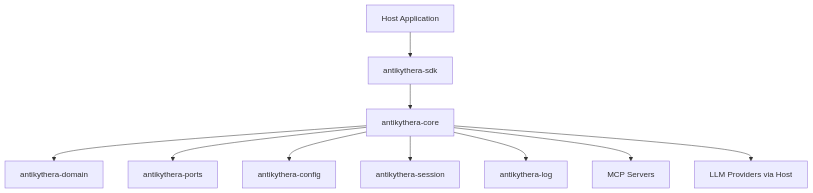
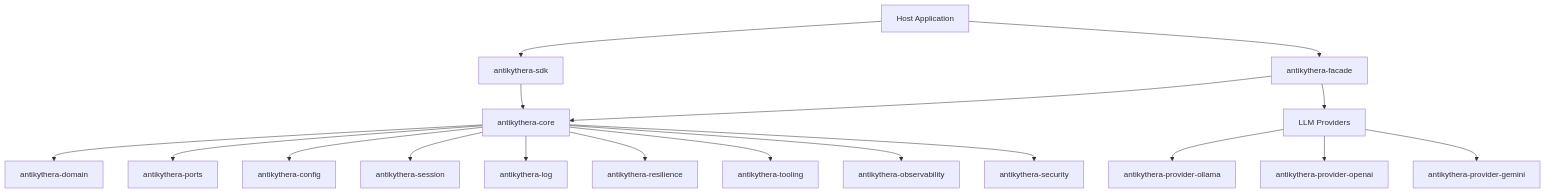
Before and after one commit to tsfarizi/antikythera-mcp-framework: the diagram in README.md, drawn with Mermaid. The commit also changed other lines of this file and 8 other files, not shown here.

Commit message:
feat: update documentation to reflect Antikythera Agent SDK branding and architecture changes

````diff
--- a/README.md
+++ b/README.md
@@ -7,12 +14,20 @@
 ```mermaid
 flowchart TD
-    Host[Host Application] --> SDK[antikythera-sdk]
-    SDK --> Core[antikythera-core]
+    Host[Host Application] --> Facade[antikythera-facade]
+    Host --> SDK[antikythera-sdk]
+    Facade --> Core[antikythera-core]
+    SDK --> Core
     Core --> Domain[antikythera-domain]
     Core --> Ports[antikythera-ports]
     Core --> Config[antikythera-config]
     Core --> Session[antikythera-session]
     Core --> Log[antikythera-log]
-    Core --> MCP[MCP Servers]
-    Core --> LLM[LLM Providers via Host]
+    Core --> Resilience[antikythera-resilience]
+    Core --> Tooling[antikythera-tooling]
+    Core --> Observability[antikythera-observability]
+    Core --> Security[antikythera-security]
+    Facade --> Providers[LLM Providers]
+    Providers --> Ollama[antikythera-provider-ollama]
+    Providers --> OpenAI[antikythera-provider-openai]
+    Providers --> Gemini[antikythera-provider-gemini]
 ```
````
